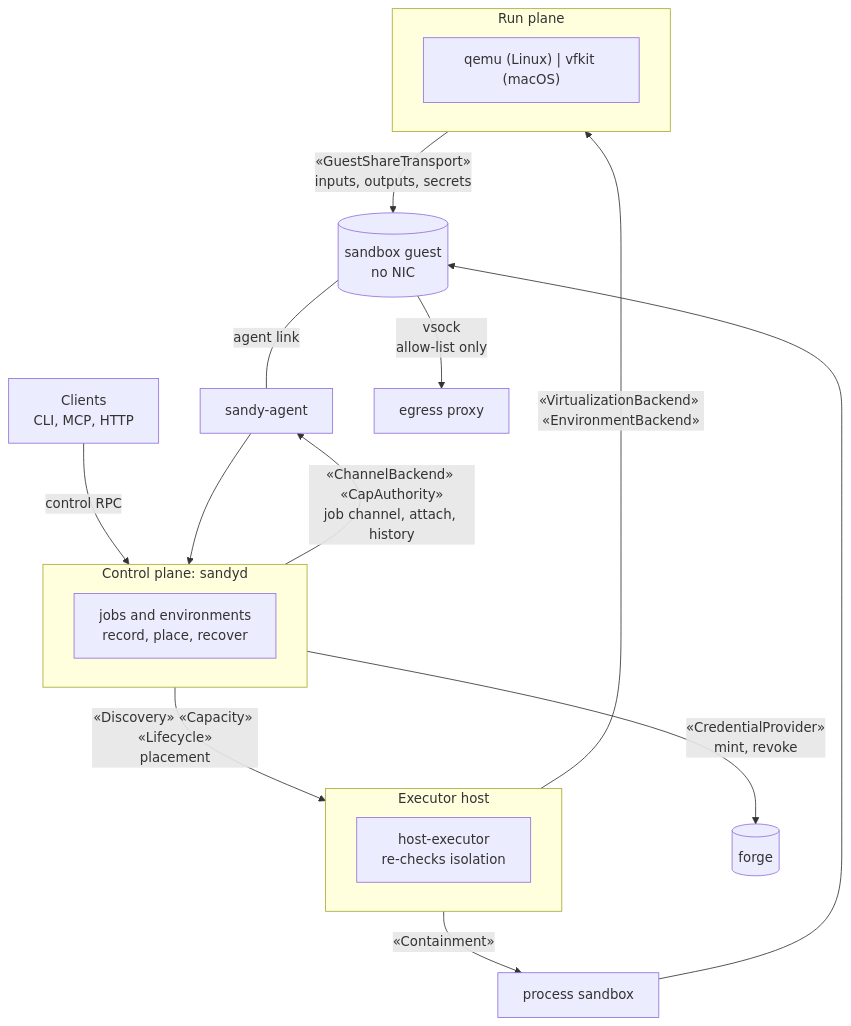
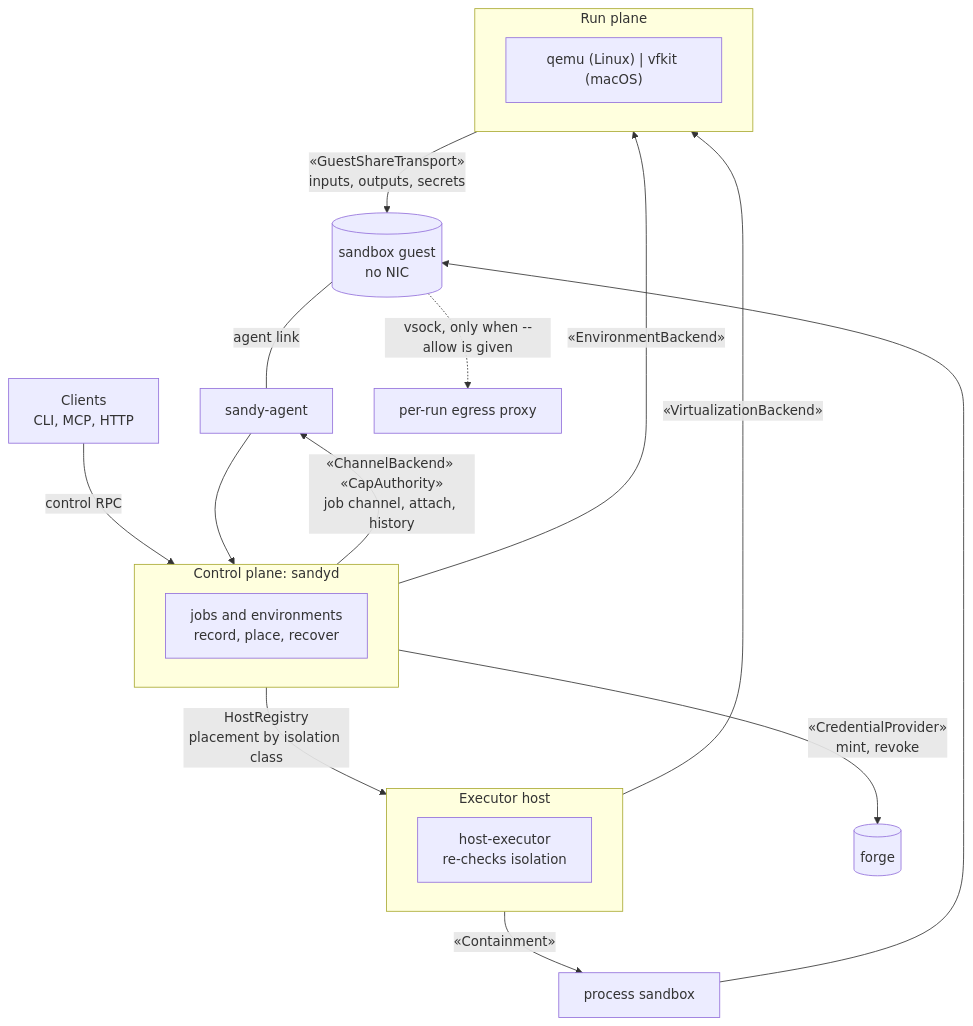
One commit to kauki-labs/sandy changed the first of 8 diagrams in docs/architecture/components.md. Above: the diagram before and after it, drawn with Mermaid. The commit also changed other lines of this file, not shown here.

First line of the commit message:
docs(architecture): correct components page after review

````diff
--- a/docs/architecture/components.md
+++ b/docs/architecture/components.md
@@ -15,33 +15,34 @@
 ```mermaid
 flowchart TB
   client["Clients<br/>CLI, MCP, HTTP"]
   client -->|control RPC| ctl
 
   subgraph ctl["Control plane: sandyd"]
     direction LR
     jobs["jobs and environments<br/>record, place, recover"]
   end
 
-  ctl -->|"«Discovery» «Capacity» «Lifecycle»<br/>placement"| exec
+  ctl -->|"HostRegistry<br/>placement by isolation class"| exec
   ctl -->|"«ChannelBackend» «CapAuthority»<br/>job channel, attach, history"| agentlink
   ctl -->|"«CredentialProvider»<br/>mint, revoke"| forge[("forge")]
 
   subgraph exec["Executor host"]
     direction LR
     hx["host-executor<br/>re-checks isolation"]
   end
 
-  exec -->|"«VirtualizationBackend» «EnvironmentBackend»"| run
+  exec -->|"«VirtualizationBackend»"| run
+  ctl -->|"«EnvironmentBackend»"| run
   exec -->|"«Containment»"| proc["process sandbox"]
 
   subgraph run["Run plane"]
     direction LR
     vm["qemu (Linux) | vfkit (macOS)"]
   end
 
   run -->|"«GuestShareTransport»<br/>inputs, outputs, secrets"| guest[("sandbox guest<br/>no NIC")]
-  guest -->|"vsock<br/>allow-list only"| proxy["egress proxy"]
+  guest -.->|"vsock, only when --allow is given"| proxy["per-run egress proxy"]
   proc --> guest
   guest ---|agent link| agentlink["sandy-agent"]
   agentlink --> ctl
 ```
````
